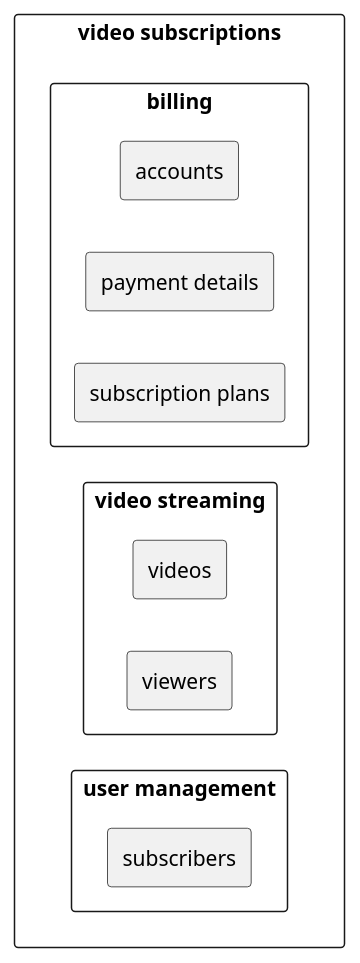
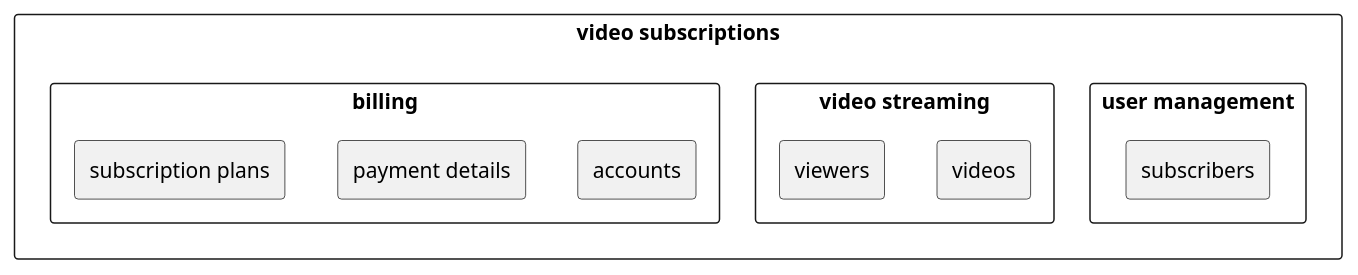
The diagram in src/domain-driven-design.adoc (kieranpotts/garden), drawn with PlantUML before and after one commit. The commit also changed other lines of this file and 42 other files, not shown here.

Commit message:
major update to various architectural patterns

```diff
--- a/src/domain-driven-design.adoc
+++ b/src/domain-driven-design.adoc
@@ -69,26 +80,33 @@
 [plantuml]
 ....
 @startuml
-left to right direction
+
+top to bottom direction
+
 rectangle "video subscriptions" {
+
+  rectangle "user management" {
+    rectangle "subscribers" {
+    }
+  }
+
+  rectangle "video streaming" {
+    rectangle "videos" {
+    }
+    rectangle "viewers" {
+    }
+  }
+
   rectangle "billing" {
     rectangle "accounts" {
     }
     rectangle "payment details" {
     }
     rectangle "subscription plans" {
     }
   }
-  rectangle "video streaming" {
-    rectangle "videos" {
-    }
-    rectangle "viewers" {
-    }
-  }
-  rectangle "user management" {
-    rectangle "subscribers" {
-    }
-  }
+
 }
+
 @enduml
 ....
```
